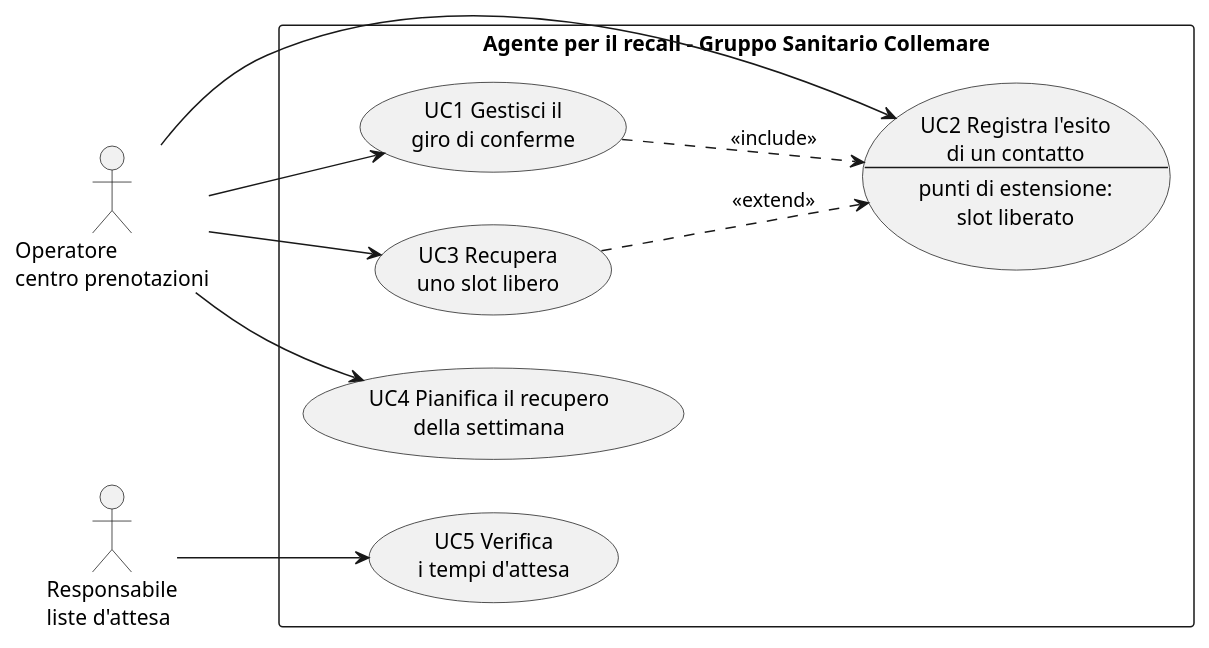
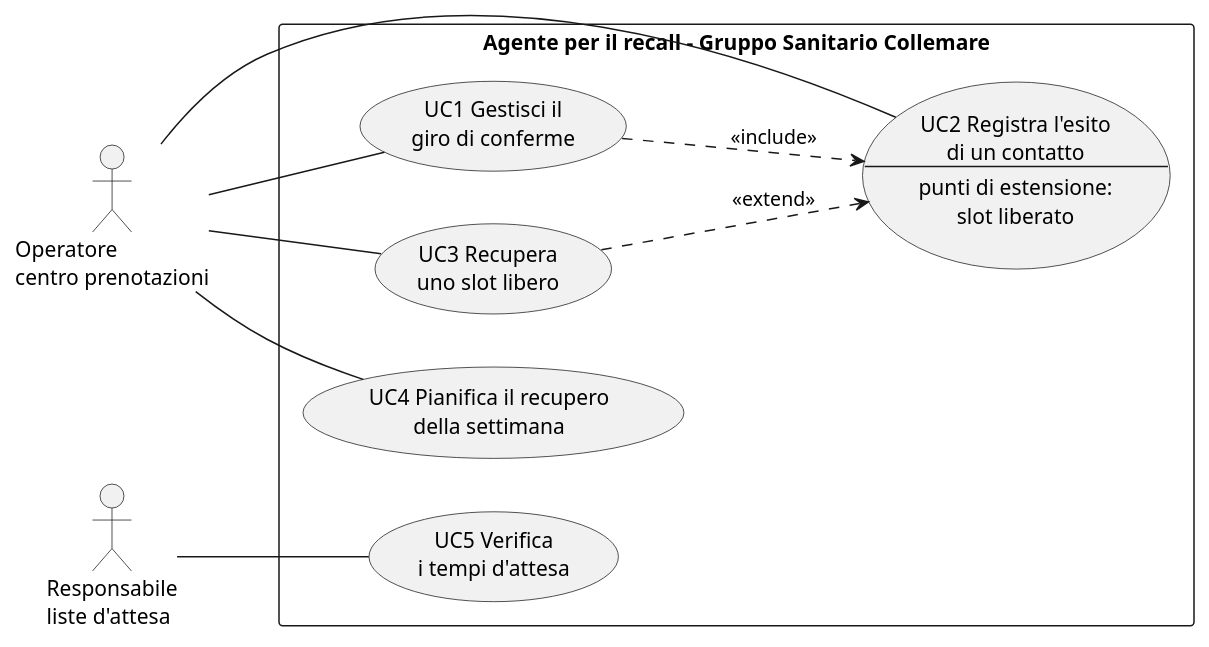
Before and after one commit to LeoDS99/pw26-agente-recall: the diagram in docs/diagrammi/casi-uso.puml, drawn with PlantUML.

Commit message:
Casi d'uso e diagramma UML

```diff
--- a/docs/diagrammi/casi-uso.puml
+++ b/docs/diagrammi/casi-uso.puml
@@ -1,28 +1,27 @@
 @startuml casi-uso
 left to right direction
 skinparam packageStyle rectangle
 
 actor "Operatore\ncentro prenotazioni" as Op
 actor "Responsabile\nliste d'attesa" as Resp
 
 rectangle "Agente per il recall - Gruppo Sanitario Collemare" {
   usecase "UC1 Gestisci il\ngiro di conferme" as UC1
   usecase UC2 as "UC2 Registra l'esito
 di un contatto
 --
 punti di estensione:
 slot liberato"
   usecase "UC3 Recupera\nuno slot libero" as UC3
   usecase "UC4 Pianifica il recupero\ndella settimana" as UC4
   usecase "UC5 Verifica\ni tempi d'attesa" as UC5
 }
-
-Op --> UC1
-Op --> UC2
-Op --> UC3
-Op --> UC4
-Resp --> UC5
+Op -- UC1
+Op -- UC2
+Op -- UC3
+Op -- UC4
+Resp -- UC5
 
 UC1 ..> UC2 : <<include>>
 UC3 ..> UC2 : <<extend>>
 @enduml
```
